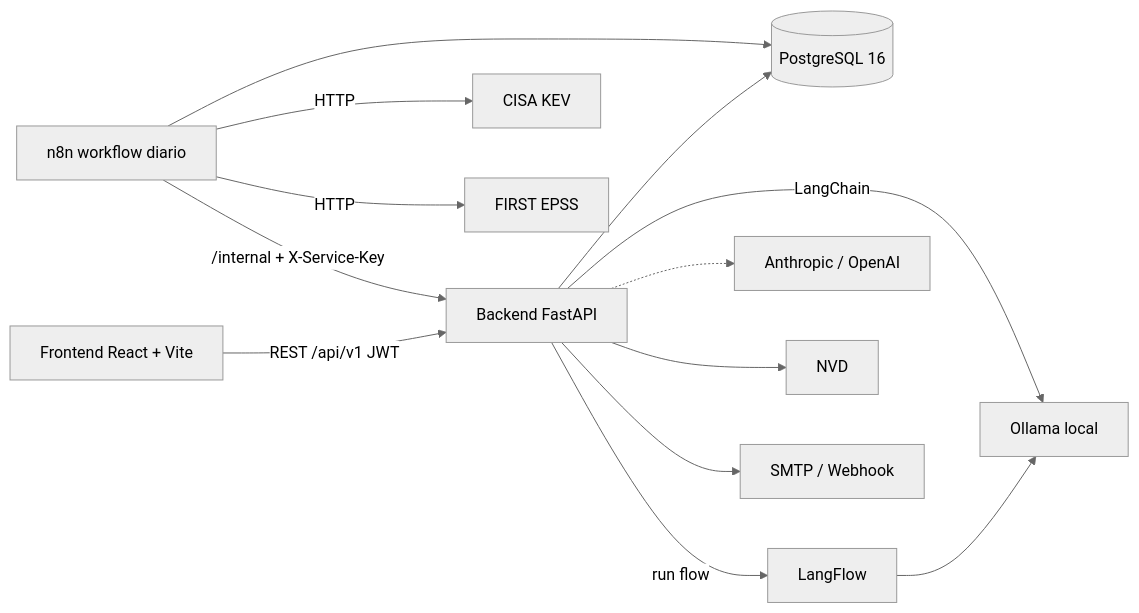
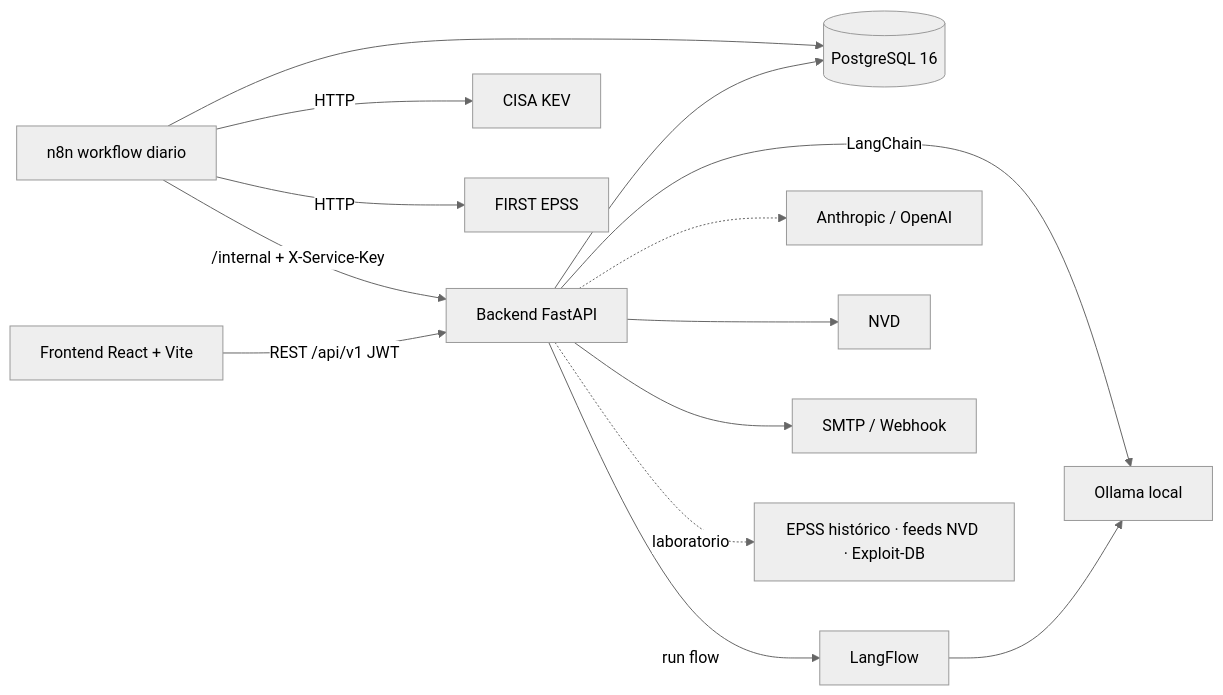
Before and after one commit to JorgeWueder/radar-kev: the diagram in README.md, drawn with Mermaid (neutral theme). The commit also changed other lines of this file, not shown here.

First line of the commit message:
Documenta el Laboratorio de modelos en el README

````diff
--- a/README.md
+++ b/README.md
@@ -11,12 +12,13 @@
 ```mermaid
 flowchart LR
   UI[Frontend React + Vite] -->|REST /api/v1 JWT| API[Backend FastAPI]
   N8N[n8n workflow diario] -->|/internal + X-Service-Key| API
   N8N -->|HTTP| KEV[CISA KEV] & EPSS[FIRST EPSS]
   API --> PG[(PostgreSQL 16)]
   N8N --> PG
   API -->|run flow| LF[LangFlow] --> OL[Ollama local]
   API -->|LangChain| OL
   API -.-> CLOUD[Anthropic / OpenAI]
   API --> NVD[NVD] & MP[SMTP / Webhook]
+  API -.->|laboratorio| SRC[EPSS histórico · feeds NVD · Exploit-DB]
 ```
````
